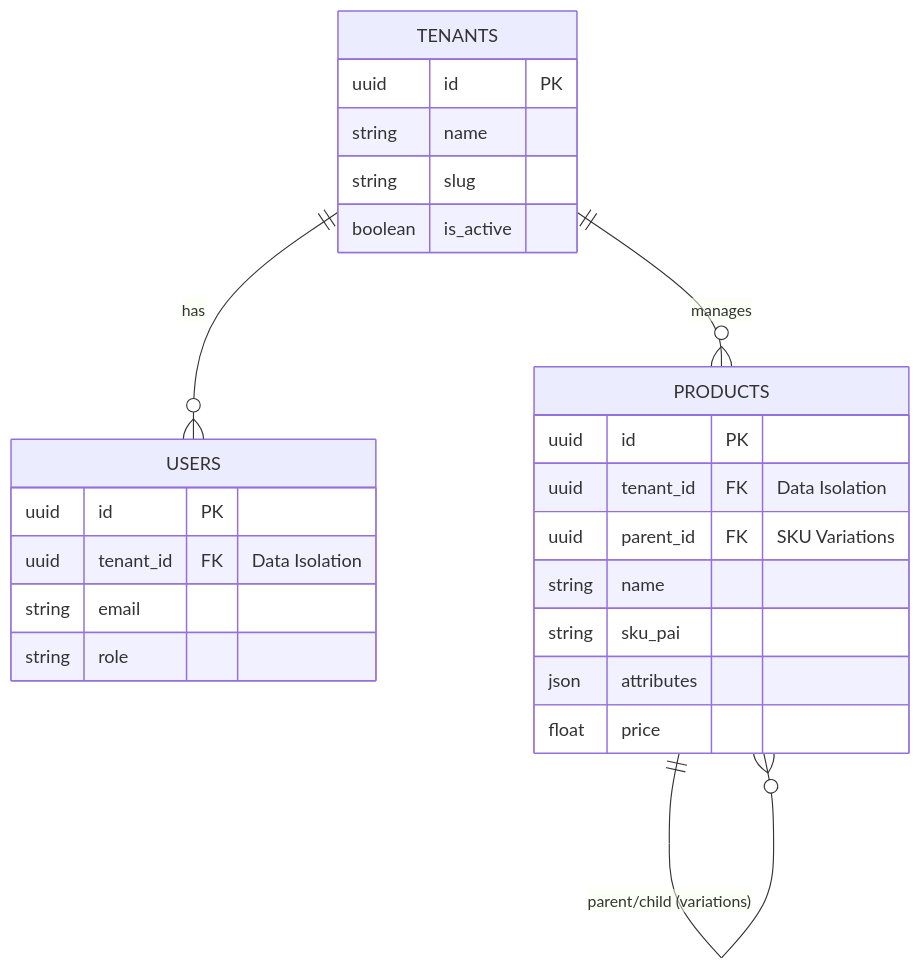
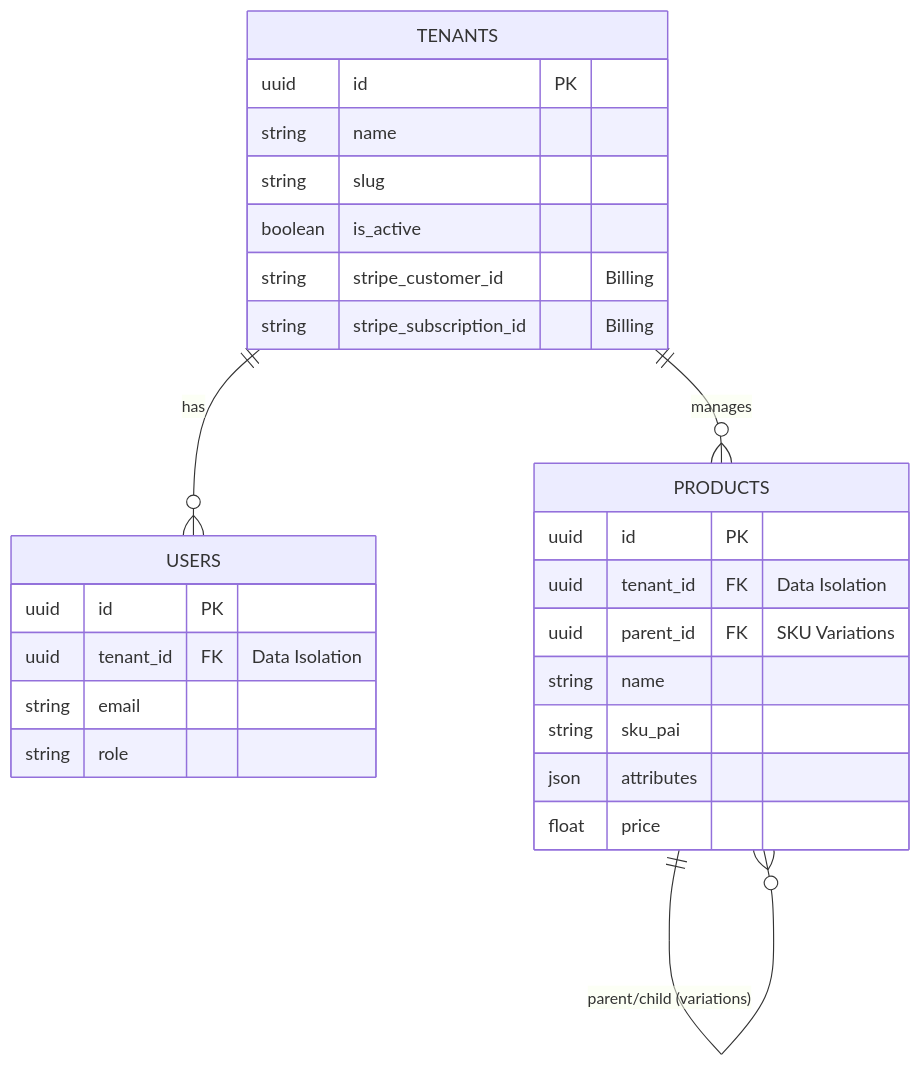
Before and after one commit to ccerks/nexcore-saas-api: the diagram in README.md, drawn with Mermaid. The commit also changed other lines of this file and 8 other files, not shown here.

Commit message:
feat: integrate Stripe API for tenant billing with atomic db transactions

`````diff
--- a/README.md
+++ b/README.md
@@ -21,30 +23,32 @@
 ```mermaid
 erDiagram
     TENANTS ||--o{ USERS : "has"
     TENANTS ||--o{ PRODUCTS : "manages"
     PRODUCTS ||--o{ PRODUCTS : "parent/child (variations)"
 
     TENANTS {
         uuid id PK
         string name
         string slug
         boolean is_active
+        string stripe_customer_id "Billing"
+        string stripe_subscription_id "Billing"
     }
 
     USERS {
         uuid id PK
         uuid tenant_id FK "Data Isolation"
         string email
         string role
     }
 
     PRODUCTS {
         uuid id PK
         uuid tenant_id FK "Data Isolation"
         uuid parent_id FK "SKU Variations"
         string name
         string sku_pai
         json attributes
         float price
     }
 ````
`````
